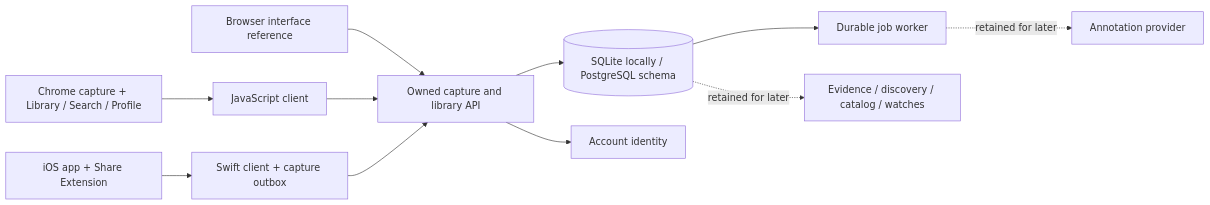
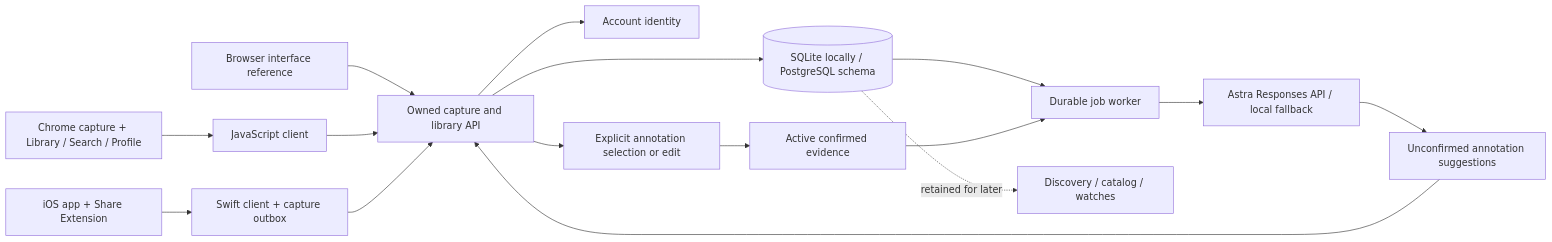
Before and after one commit to Haydnlee31/AIGrandPrixT12: the diagram in docs/architecture.md, drawn with Mermaid. The commit also changed other lines of this file and 119 other files, not shown here.

Commit message:
Add Astra predictive annotations and portable catalog framework

````diff
--- a/docs/architecture.md
+++ b/docs/architecture.md
@@ -9,13 +9,18 @@
 ```mermaid
 flowchart LR
   CH[Chrome capture + Library / Search / Profile] --> JS[JavaScript client]
   IOS[iOS app + Share Extension] --> SW[Swift client + capture outbox]
   REF[Browser interface reference] --> API[Owned capture and library API]
   JS --> API
   SW --> API
   API --> DB[(SQLite locally / PostgreSQL schema)]
   API --> ID[Account identity]
   DB --> JOB[Durable job worker]
-  JOB -. retained for later .-> EN[Annotation provider]
-  DB -. retained for later .-> INT[Evidence / discovery / catalog / watches]
+  JOB --> EN[Astra Responses API / local fallback]
+  EN --> SUG[Unconfirmed annotation suggestions]
+  SUG --> API
+  API --> CONF[Explicit annotation selection or edit]
+  CONF --> EV[Active confirmed evidence]
+  EV --> JOB
+  DB -. retained for later .-> INT[Discovery / catalog / watches]
 ```
````
